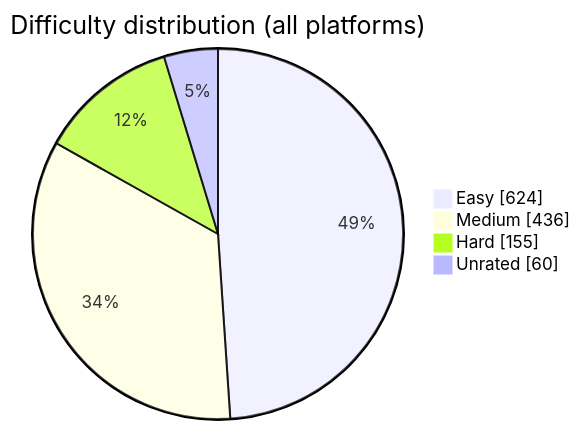
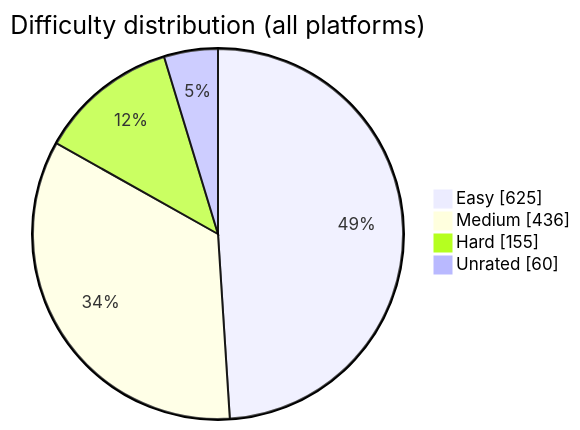
One commit to BuildbyArindam/Daily-Coding-Log changed the diagram in README.md. Above: the diagram before and after it, drawn with Mermaid. The commit also changed other lines of this file, not shown here.

````diff
--- a/README.md
+++ b/README.md
@@ -93,7 +93,7 @@
 ```mermaid
 pie showData title Difficulty distribution (all platforms)
-    "Easy" : 624
+    "Easy" : 625
     "Medium" : 436
     "Hard" : 155
     "Unrated" : 60
 ```
````
